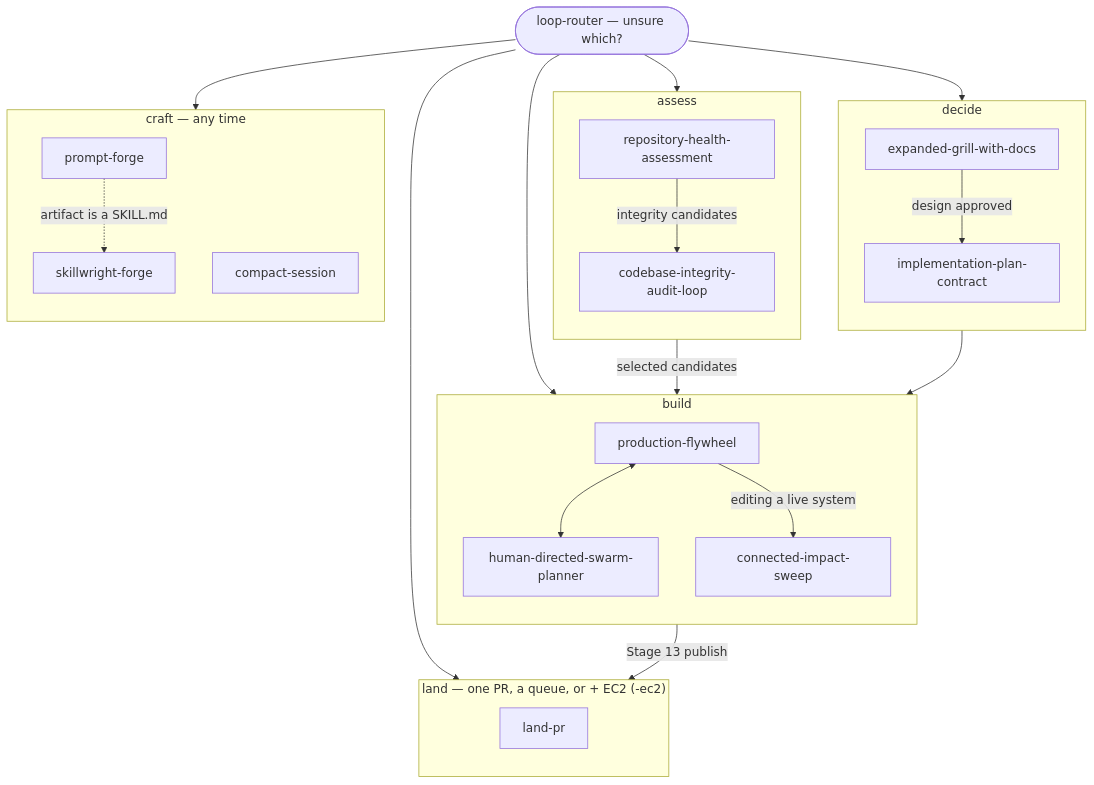
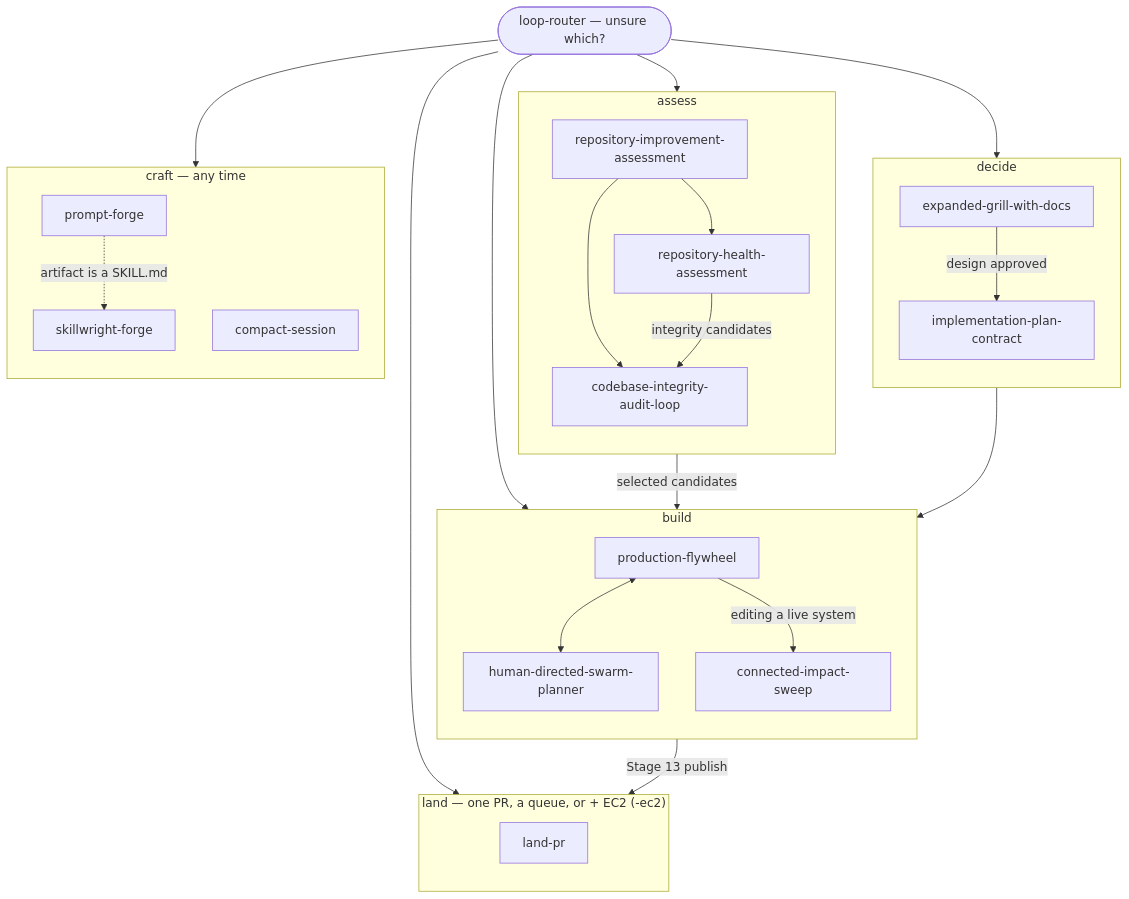
One commit to markwuenschel-dev/markdev-skills changed the diagram in CAPABILITY-MAP.md. Above: the diagram before and after it, drawn with Mermaid. The commit also changed other lines of this file and 131 other files, not shown here.

First line of the commit message:
feat(repository-improvement-assessment): vendor RIA v0.8.4 into the catalog

````diff
--- a/CAPABILITY-MAP.md
+++ b/CAPABILITY-MAP.md
@@ -7,49 +7,52 @@
 ```mermaid
 flowchart TD
     R(["loop-router — unsure which?"])
     R --> DECIDE
     R --> ASSESS
     R --> BUILD
     R --> LAND
     R --> CRAFT
 
     subgraph DECIDE["decide"]
         direction TB
         EG["expanded-grill-with-docs"]
         IPC["implementation-plan-contract"]
         EG -->|"design approved"| IPC
     end
 
     subgraph ASSESS["assess"]
         direction TB
+        RIA["repository-improvement-assessment"]
         RHA["repository-health-assessment"]
         CIAL["codebase-integrity-audit-loop"]
+        RIA --> RHA
+        RIA --> CIAL
         RHA -->|"integrity candidates"| CIAL
     end
 
     subgraph BUILD["build"]
         direction TB
         PF["production-flywheel"]
         HDSP["human-directed-swarm-planner"]
         CIS["connected-impact-sweep"]
         PF <--> HDSP
         PF -->|"editing a live system"| CIS
     end
 
     subgraph LAND["land — one PR, a queue, or + EC2 (-ec2)"]
         direction TB
         LP["land-pr"]
     end
 
     subgraph CRAFT["craft — any time"]
         direction TB
         PFG["prompt-forge"]
         SWF["skillwright-forge"]
         CS["compact-session"]
         PFG -.->|"artifact is a SKILL.md"| SWF
     end
 
     IPC --> PF
     CIAL -->|"selected candidates"| PF
     PF -->|"Stage 13 publish"| LP
 ```
````
